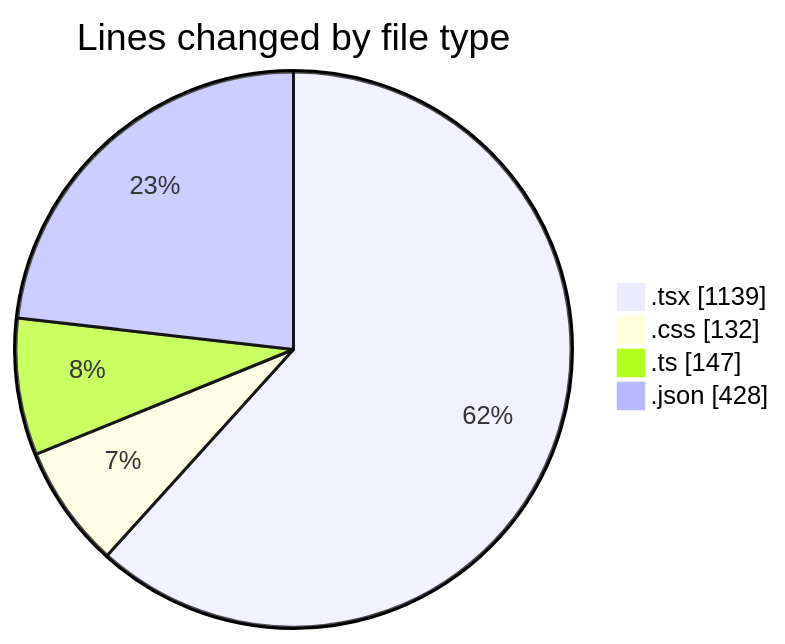
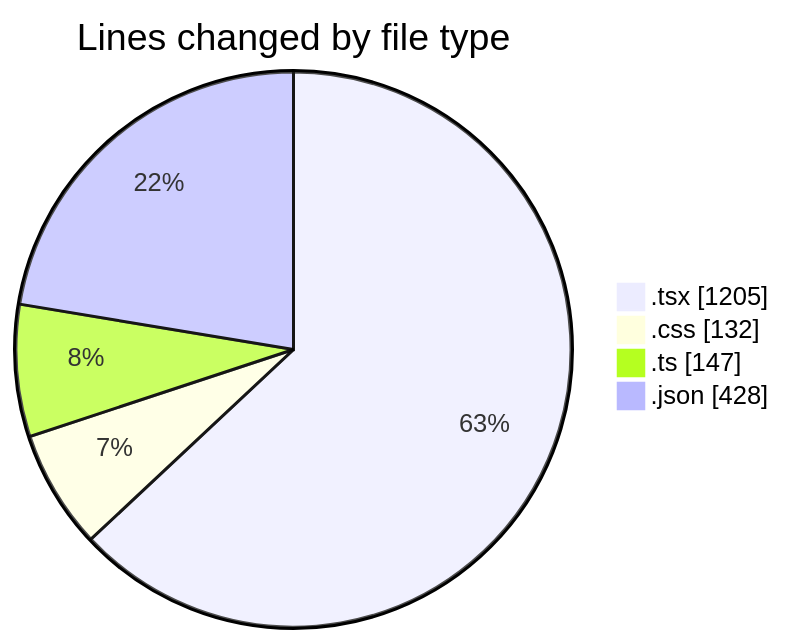
The first of 2 diagrams in 2025-05-06/niten/README.md (Elitesun/code-tracking), drawn with Mermaid before and after one commit. The commit also changed other lines of this file and 1 other file, not shown here.

````diff
--- a/2025-05-06/niten/README.md
+++ b/2025-05-06/niten/README.md
@@ -43,8 +43,8 @@
 ```mermaid
 pie showData
 title Lines changed by file type
-".tsx" : 1139
+".tsx" : 1205
 ".css" : 132
 ".ts" : 147
 ".json" : 428
 ```
````
